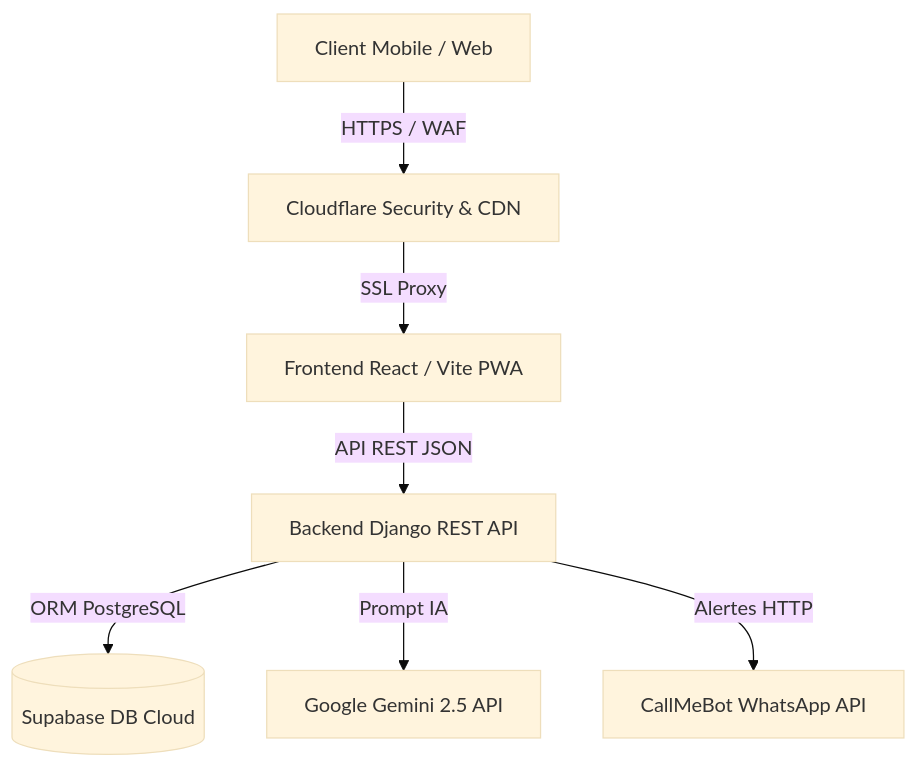
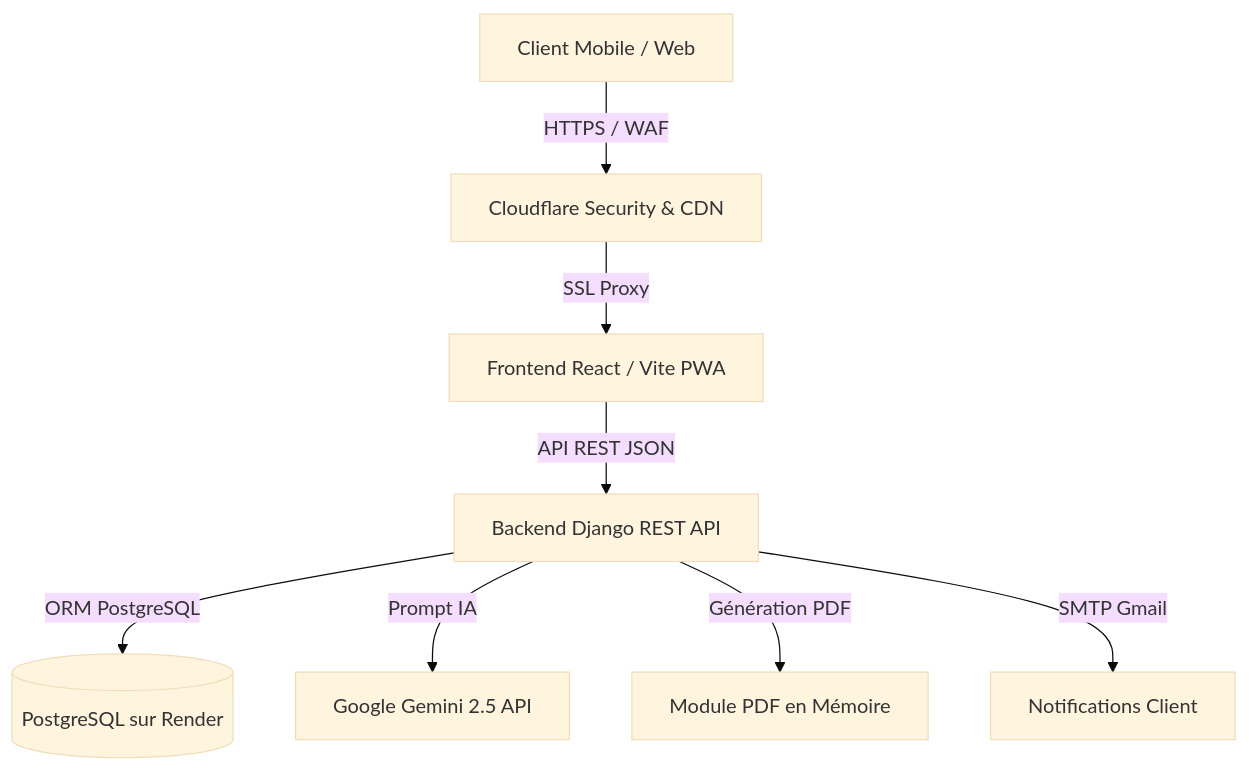
Before and after one commit to dallha/Hadara-Brief---Graphisme-Design: the diagram in DOCUMENTATION.md, drawn with Mermaid (base theme). The commit also changed other lines of this file and 3 other files, not shown here.

Commit message:
docs: update documentation to SaaS standards and sync with new features (Jazzmin, PDF, Email)

````diff
--- a/DOCUMENTATION.md
+++ b/DOCUMENTATION.md
@@ -54,9 +55,10 @@
 ```mermaid
 graph TD
     Client[Client Mobile / Web] -->|HTTPS / WAF| Cloudflare[Cloudflare Security & CDN]
     Cloudflare -->|SSL Proxy| RenderFrontend[Frontend React / Vite PWA]
     RenderFrontend -->|API REST JSON| RenderBackend[Backend Django REST API]
-    RenderBackend -->|ORM PostgreSQL| Supabase[(Supabase DB Cloud)]
+    RenderBackend -->|ORM PostgreSQL| RenderDB[(PostgreSQL sur Render)]
     RenderBackend -->|Prompt IA| Gemini[Google Gemini 2.5 API]
-    RenderBackend -->|Alertes HTTP| CallMeBot[CallMeBot WhatsApp API]
+    RenderBackend -->|Génération PDF| Reportlab[Module PDF en Mémoire]
+    RenderBackend -->|SMTP Gmail| ClientEmail[Notifications Client]
 ```
````
